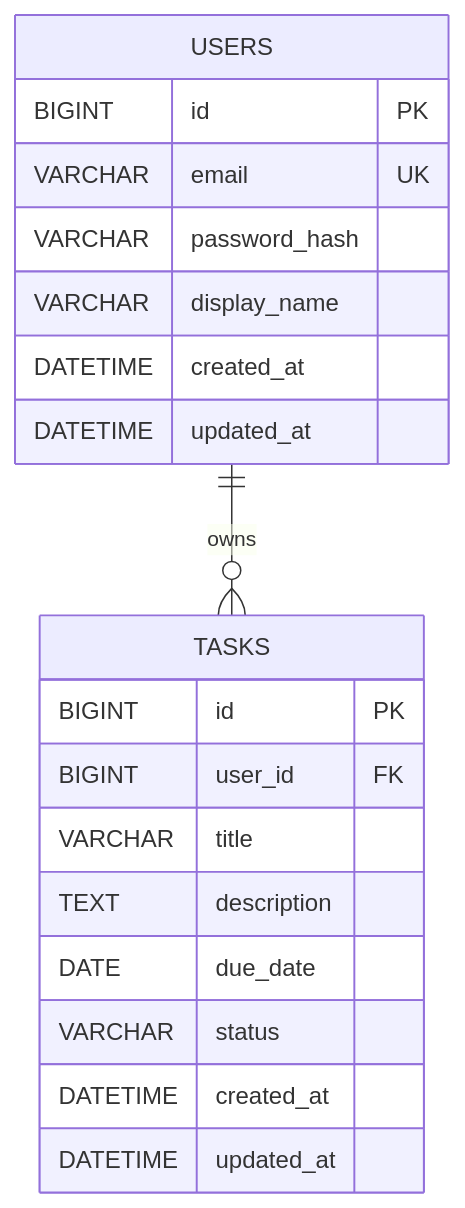
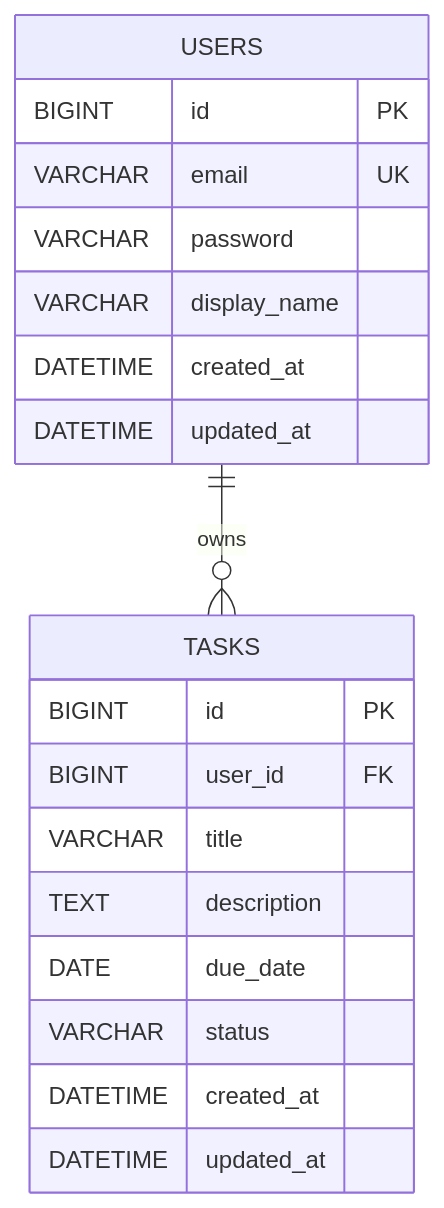
Before and after one commit to chittng/cloud-computing: the diagram in docs/database-design.md, drawn with Mermaid. The commit also changed other lines of this file, not shown here.

````diff
--- a/docs/database-design.md
+++ b/docs/database-design.md
@@ -28,24 +27,24 @@
 ```mermaid
 erDiagram
     USERS ||--o{ TASKS : owns
 
     USERS {
         BIGINT id PK
         VARCHAR email UK
-        VARCHAR password_hash
+        VARCHAR password
         VARCHAR display_name
         DATETIME created_at
         DATETIME updated_at
     }
 
     TASKS {
         BIGINT id PK
         BIGINT user_id FK
         VARCHAR title
         TEXT description
         DATE due_date
         VARCHAR status
         DATETIME created_at
         DATETIME updated_at
     }
 ```
````
